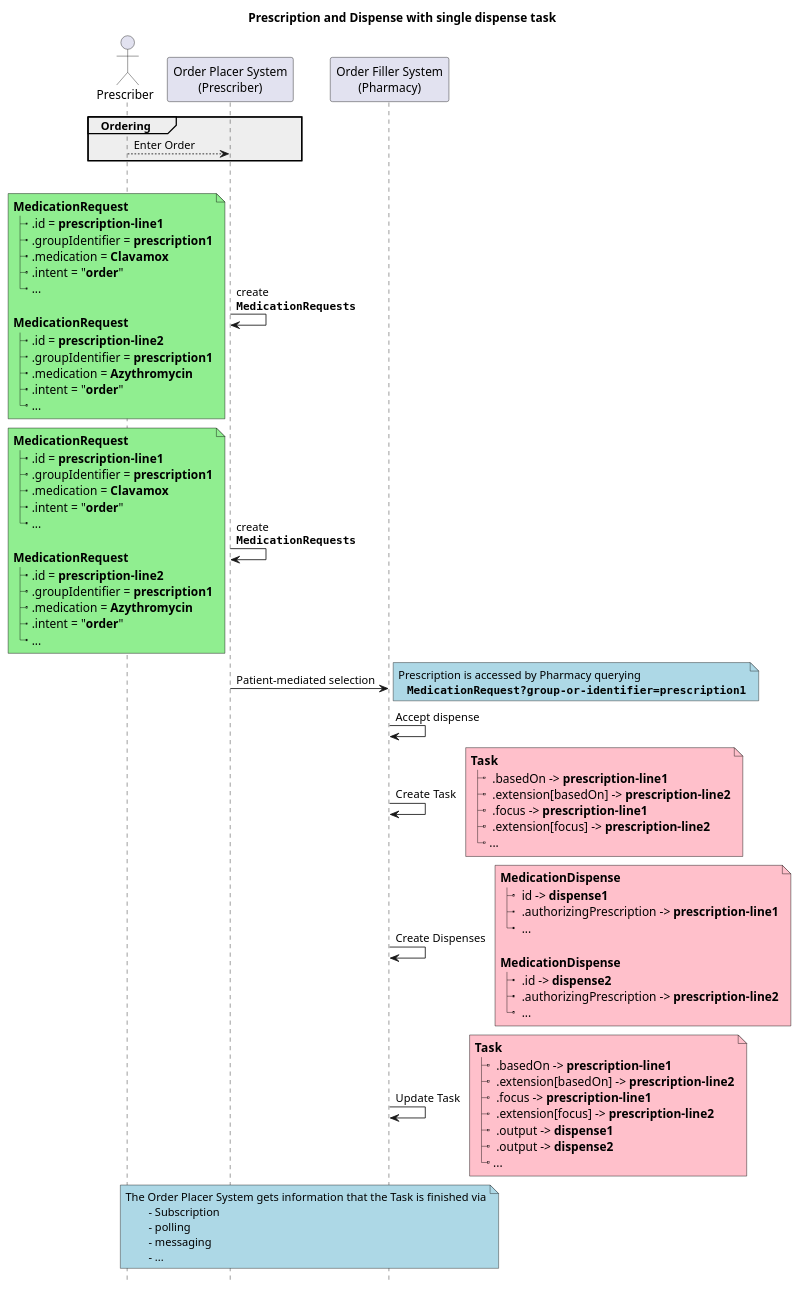
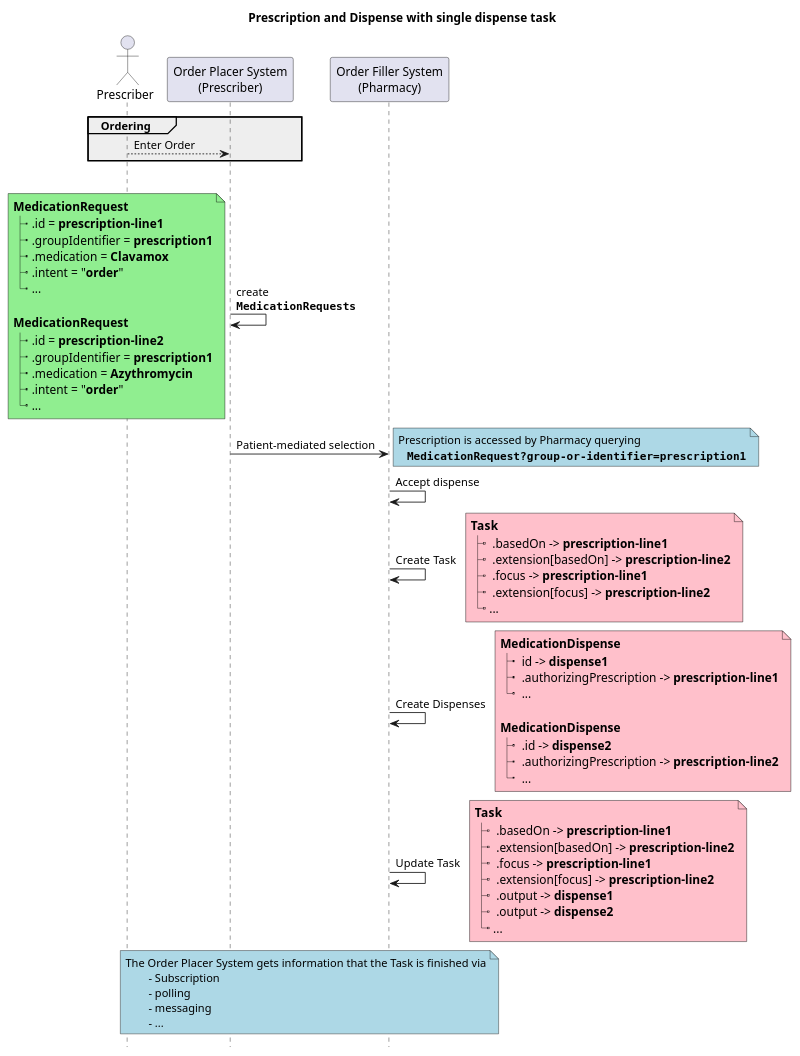
One commit to HL7/fhir-cow-ig changed the diagram in input/images-source/ex4-meds-grouped-dispense.plantuml. Above: the diagram before and after it, drawn with PlantUML.

Commit message:
FHIR-50312: Use of RequestGroup for Rx request
Removed the duplicated "create MedicationRequests" step and its
MedicationRequest note from the sequence diagram in input/images-
source/ex4-meds-grouped-dispense.plantuml, completing the second part of
the resolution. The Assumptions text change was applied earlier in PR
#120.

Disposition: Not Persuasive with Modification
Ticket: https://jira.hl7.org/browse/FHIR-50312

```diff
--- a/input/images-source/ex4-meds-grouped-dispense.plantuml
+++ b/input/images-source/ex4-meds-grouped-dispense.plantuml
@@ -1,125 +1,107 @@
 @startuml
 skinparam svgDimensionStyle false
 'skinparam sequenceMessageAlign center
 title 
 	Prescription and Dispense with single dispense task
 end title
 hide footbox
 
 skinparam Note<<resource>> {
     'BackgroundColor Pink
     FontName Consolas
     FontSize 14
     'FontStyle Bold
     BorderColor Black
 }
 
 
 actor Prescriber as Doc
 participant "Order Placer System\n(Prescriber)" as Placer
 participant "Order Filler System\n(Pharmacy)" as Filler
 
 group #eee Ordering
 Doc --> Placer: Enter Order
 end
 
 group Workflow
-
-Placer -> Placer: create\n**""MedicationRequests""** 
-
-note left <<resource>> #lightgreen
-	**MedicationRequest**
-	|_ .id = **prescription-line1**
-	|_ .groupIdentifier = **prescription1**
-	|_ .medication = **Clavamox**
-	|_ .intent = "**order**"
-	|_ ...
-
-	**MedicationRequest**
-	|_ .id = **prescription-line2**
-	|_ .groupIdentifier = **prescription1**
-	|_ .medication = **Azythromycin**
-	|_ .intent = "**order**"
-	|_ ...
-end note
 
 Placer -> Placer: create\n**""MedicationRequests""** 
 
 note left <<resource>> #lightgreen
 	**MedicationRequest**
 	|_ .id = **prescription-line1**
 	|_ .groupIdentifier = **prescription1**
 	|_ .medication = **Clavamox**
 	|_ .intent = "**order**"
 	|_ ...
 
 	**MedicationRequest**
 	|_ .id = **prescription-line2**
 	|_ .groupIdentifier = **prescription1**
 	|_ .medication = **Azythromycin**
 	|_ .intent = "**order**"
 	|_ ...
 end note
 
 
 
 Placer -> Filler: Patient-mediated selection
 
 note right #lightblue
 	Prescription is accessed by Pharmacy querying
     **""MedicationRequest?group-or-identifier=prescription1""**
 end note
 Filler -> Filler: Accept dispense
 
 Filler -> Filler: Create Task
 
 note right <<resource>>#pink
 	**Task**
 	|_  .basedOn -> **prescription-line1**
 	|_  .extension[basedOn] -> **prescription-line2**
 	|_  .focus -> **prescription-line1**
 	|_  .extension[focus] -> **prescription-line2**
 	|_ ...
 end note 
 
 
 Filler -> Filler: Create Dispenses
 note right <<resource>> #pink
   **MedicationDispense**
   |_  id -> **dispense1**
   |_  .authorizingPrescription -> **prescription-line1**
   |_  ...
 
   **MedicationDispense**
   |_  .id -> **dispense2** 
   |_  .authorizingPrescription -> **prescription-line2**
   |_  ...
 end note 
 
 
 
 Filler -> Filler: Update Task
 
 note right <<resource>>#pink
 	**Task**
 	|_  .basedOn -> **prescription-line1**
 	|_  .extension[basedOn] -> **prescription-line2**
 	|_  .focus -> **prescription-line1**
 	|_  .extension[focus] -> **prescription-line2**
 	|_  .output -> **dispense1**
 	|_  .output -> **dispense2**
 	|_ ...
 end note 
 
 
 note over Placer, Filler #lightblue
 	The Order Placer System gets information that the Task is finished via
 		- Subscription
 		- polling
 		- messaging
 		- ...
 end note
 
 
 
 @enduml
```
